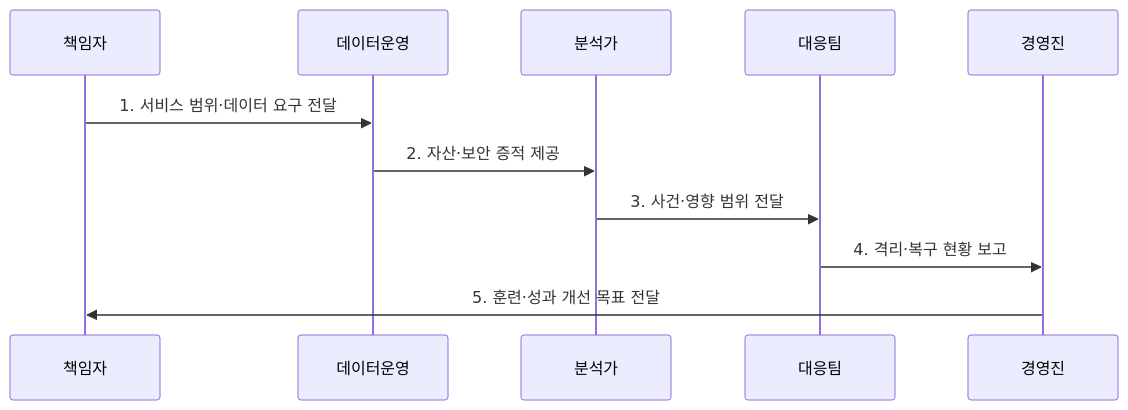
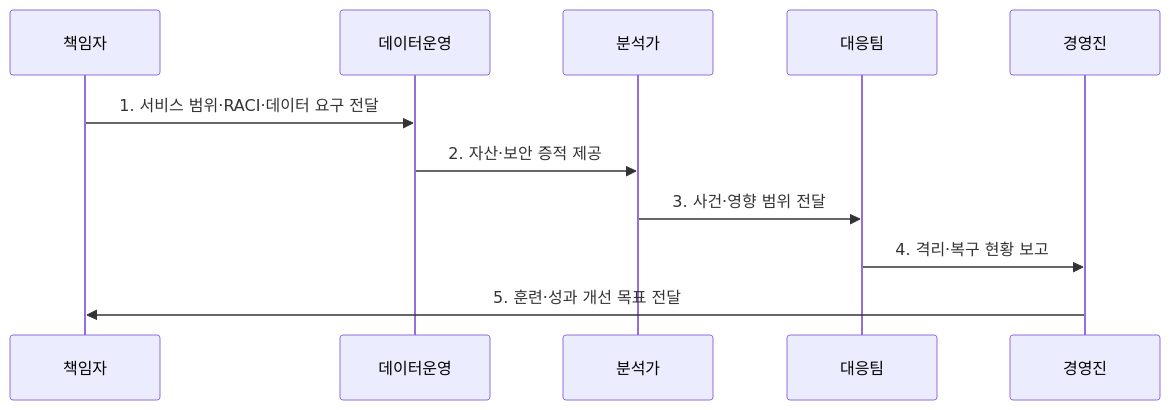
One commit to agnusdei1207/knowledge-base changed the second of 2 diagrams in src/content/docs/notes/05-security/034_security_operations_center.md. Above: the diagram before and after it, drawn with Mermaid. The commit also changed other lines of this file and 4 other files, not shown here.

````diff
--- a/src/content/docs/notes/05-security/034_security_operations_center.md
+++ b/src/content/docs/notes/05-security/034_security_operations_center.md
@@ -103,13 +104,13 @@
 ```mermaid
 sequenceDiagram
     participant 책임자
     participant 데이터운영
     participant 분석가
     participant 대응팀
     participant 경영진
-    책임자->>데이터운영: 1. 서비스 범위·데이터 요구 전달
+    책임자->>데이터운영: 1. 서비스 범위·RACI·데이터 요구 전달
     데이터운영->>분석가: 2. 자산·보안 증적 제공
     분석가->>대응팀: 3. 사건·영향 범위 전달
     대응팀->>경영진: 4. 격리·복구 현황 보고
     경영진->>책임자: 5. 훈련·성과 개선 목표 전달
 ```
````
